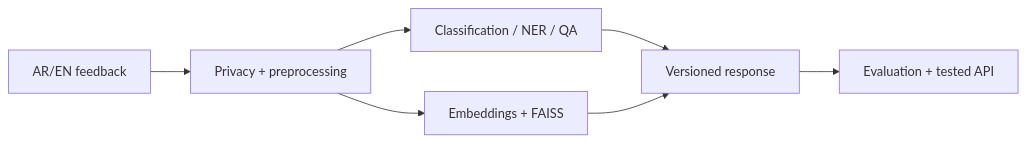
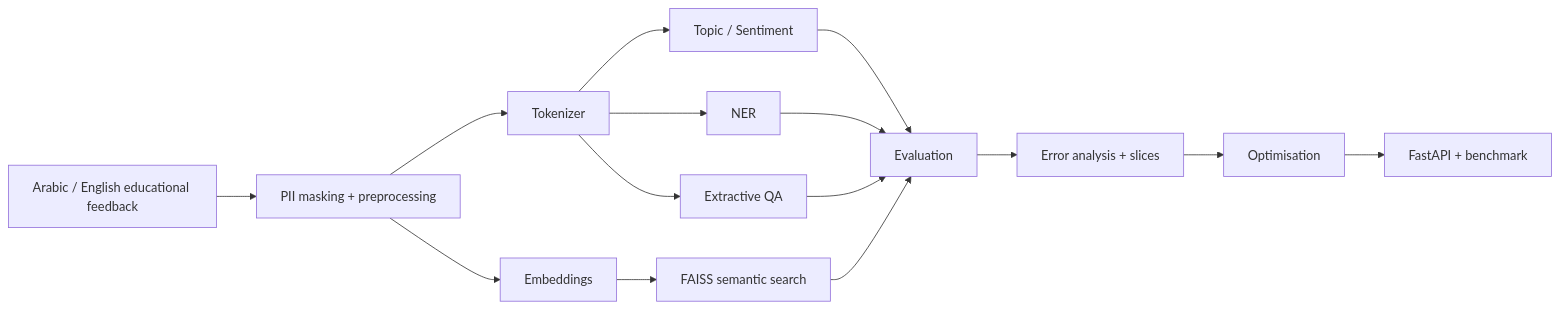
Before and after one commit to Yousef0197/sda_nlp-bayan-capstone: the diagram in README.md, drawn with Mermaid. The commit also changed other lines of this file, not shown here.

````diff
--- a/README.md
+++ b/README.md
@@ -49,9 +165,19 @@
 ```mermaid
 flowchart LR
-    A["AR/EN feedback"] --> B["Privacy + preprocessing"]
-    B --> C["Classification / NER / QA"]
-    B --> D["Embeddings + FAISS"]
-    C --> E["Versioned response"]
-    D --> E
-    E --> F["Evaluation + tested API"]
+    A["Arabic / English educational feedback"] --> B["PII masking + preprocessing"]
+    B --> C["Tokenizer"]
+    C --> D["Topic / Sentiment"]
+    C --> E["NER"]
+    C --> F["Extractive QA"]
+    B --> G["Embeddings"]
+    G --> H["FAISS semantic search"]
+
+    D --> I["Evaluation"]
+    E --> I
+    F --> I
+    H --> I
+
+    I --> J["Error analysis + slices"]
+    J --> K["Optimisation"]
+    K --> L["FastAPI + benchmark"]
 ```
````
